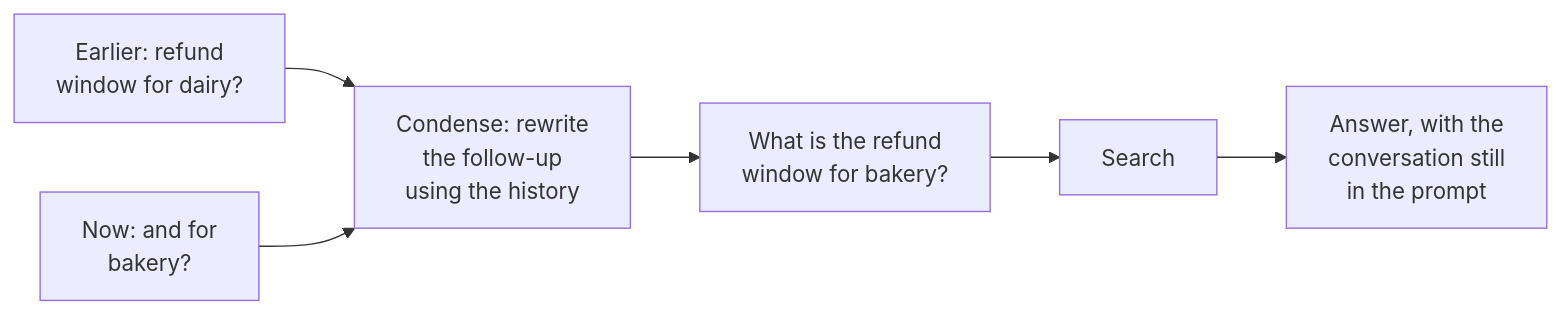
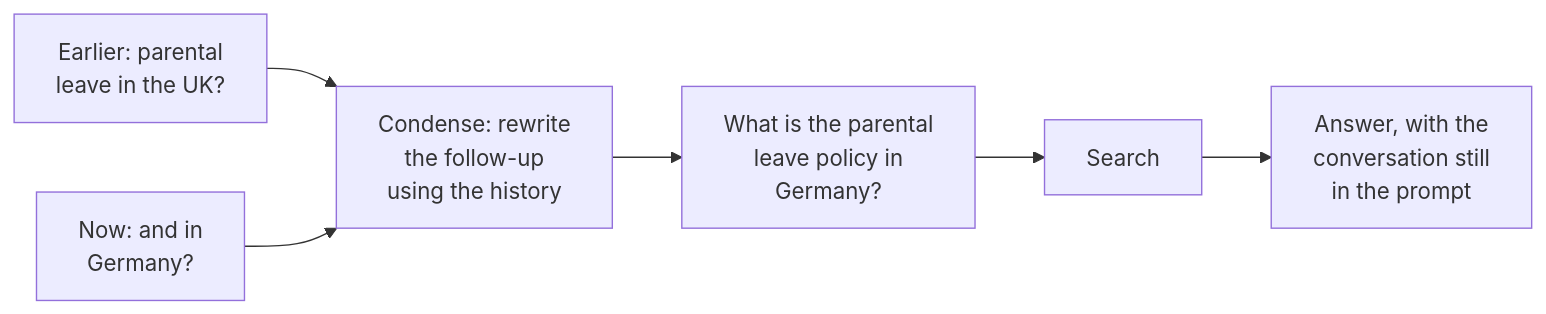
Before and after one commit to shubamchaudhary/CodeNITW: the third of 10 diagrams in src/Data/aiStackDocs/CH-04.md, drawn with Mermaid. The commit also changed other lines of this file and 32 other files, not shown here.

````diff
--- a/src/Data/aiStackDocs/CH-04.md
+++ b/src/Data/aiStackDocs/CH-04.md
@@ -54,8 +54,8 @@
 ```mermaid
 flowchart LR
-    H["Earlier: refund<br/>window for dairy?"] --> C["Condense: rewrite<br/>the follow-up<br/>using the history"]
-    F["Now: and for<br/>bakery?"] --> C
-    C --> S["What is the refund<br/>window for bakery?"]
+    H["Earlier: parental<br/>leave in the UK?"] --> C["Condense: rewrite<br/>the follow-up<br/>using the history"]
+    F["Now: and in<br/>Germany?"] --> C
+    C --> S["What is the parental<br/>leave policy in<br/>Germany?"]
     S --> R["Search"]
     R --> A["Answer, with the<br/>conversation still<br/>in the prompt"]
 ```
````
